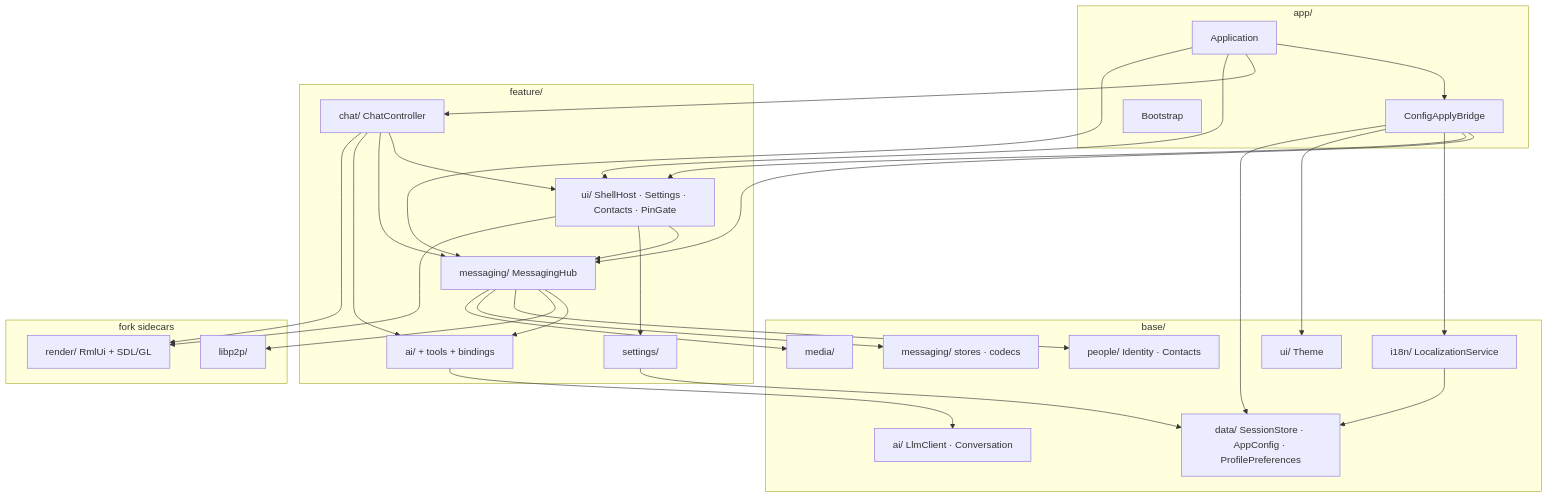
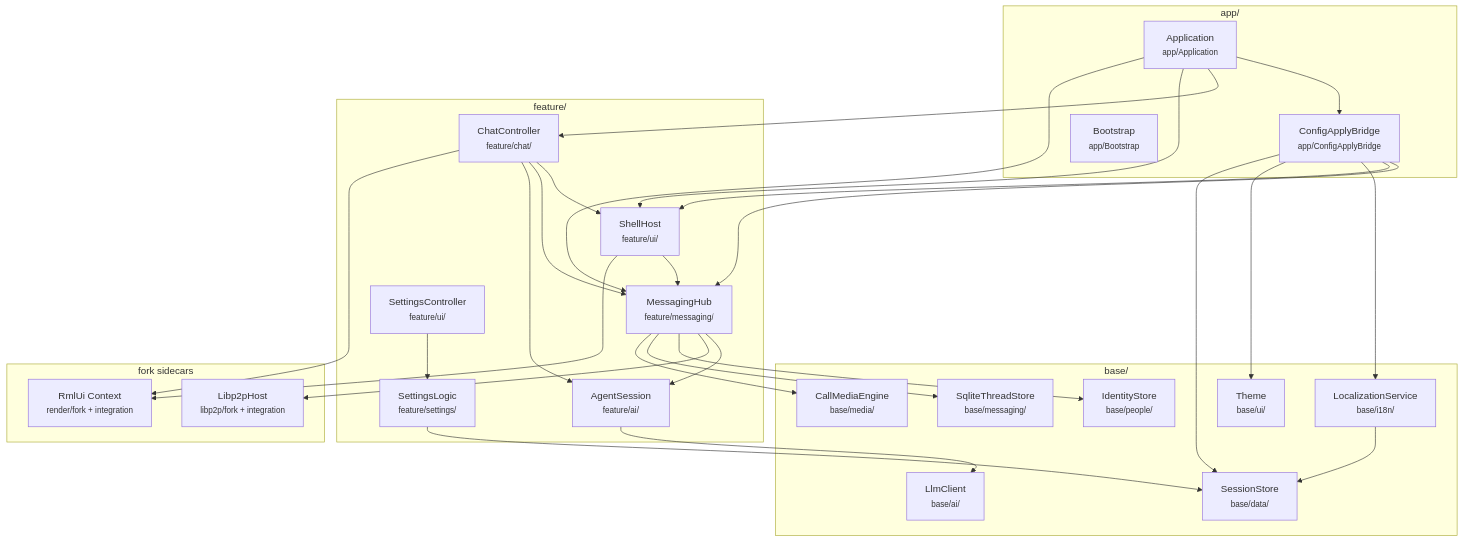
Before and after one commit to people-post/pp-browser: the first of 4 diagrams in docs/architecture/RUNTIME_COMPOSITION.md, drawn with Mermaid. The commit also changed other lines of this file and 1 other file, not shown here.

Commit message:
Design diagrams

````diff
--- a/docs/architecture/RUNTIME_COMPOSITION.md
+++ b/docs/architecture/RUNTIME_COMPOSITION.md
@@ -16,57 +16,58 @@
 ```mermaid
 flowchart TB
   subgraph app_layer["app/"]
-    Application
-    ConfigApplyBridge
-    Bootstrap
+    Application["Application<br/><small>app/Application</small>"]
+    ConfigApplyBridge["ConfigApplyBridge<br/><small>app/ConfigApplyBridge</small>"]
+    Bootstrap["Bootstrap<br/><small>app/Bootstrap</small>"]
   end
 
   subgraph feature_layer["feature/"]
-    settings["settings/"]
-    ai["ai/ + tools + bindings"]
-    messaging["messaging/ MessagingHub"]
-    ui["ui/ ShellHost · Settings · Contacts · PinGate"]
-    chat["chat/ ChatController"]
+    SettingsLogic["SettingsLogic<br/><small>feature/settings/</small>"]
+    AgentSession["AgentSession<br/><small>feature/ai/</small>"]
+    MessagingHub["MessagingHub<br/><small>feature/messaging/</small>"]
+    ShellHost["ShellHost<br/><small>feature/ui/</small>"]
+    SettingsController["SettingsController<br/><small>feature/ui/</small>"]
+    ChatController["ChatController<br/><small>feature/chat/</small>"]
   end
 
   subgraph base_layer["base/"]
-    data["data/ SessionStore · AppConfig · ProfilePreferences"]
-    i18n["i18n/ LocalizationService"]
-    base_ui["ui/ Theme"]
-    people["people/ Identity · Contacts"]
-    base_msg["messaging/ stores · codecs"]
-    base_ai["ai/ LlmClient · Conversation"]
-    media["media/"]
+    SessionStore["SessionStore<br/><small>base/data/</small>"]
+    LocalizationService["LocalizationService<br/><small>base/i18n/</small>"]
+    Theme["Theme<br/><small>base/ui/</small>"]
+    IdentityStore["IdentityStore<br/><small>base/people/</small>"]
+    ThreadStore["SqliteThreadStore<br/><small>base/messaging/</small>"]
+    LlmClient["LlmClient<br/><small>base/ai/</small>"]
+    CallMediaEngine["CallMediaEngine<br/><small>base/media/</small>"]
   end
 
   subgraph sidecars["fork sidecars"]
-    rmlui["render/ RmlUi + SDL/GL"]
-    libp2p["libp2p/"]
+    RmlUi["RmlUi Context<br/><small>render/fork + integration</small>"]
+    Libp2p["Libp2pHost<br/><small>libp2p/fork + integration</small>"]
   end
 
   Application --> ConfigApplyBridge
-  Application --> chat
-  Application --> ui
-  Application --> messaging
-  ConfigApplyBridge --> messaging
-  ConfigApplyBridge --> ui
-  ConfigApplyBridge --> i18n
-  ConfigApplyBridge --> base_ui
-  ConfigApplyBridge --> data
+  Application --> ChatController
+  Application --> ShellHost
+  Application --> MessagingHub
+  ConfigApplyBridge --> MessagingHub
+  ConfigApplyBridge --> ShellHost
+  ConfigApplyBridge --> LocalizationService
+  ConfigApplyBridge --> Theme
+  ConfigApplyBridge --> SessionStore
 
-  chat --> ui
-  chat --> messaging
-  chat --> ai
-  ui --> messaging
-  ui --> settings
-  messaging --> ai
-  messaging --> libp2p
-  messaging --> people
-  messaging --> base_msg
-  messaging --> media
-  ui --> rmlui
-  chat --> rmlui
-  settings --> data
-  ai --> base_ai
-  i18n --> data
+  ChatController --> ShellHost
+  ChatController --> MessagingHub
+  ChatController --> AgentSession
+  ShellHost --> MessagingHub
+  SettingsController --> SettingsLogic
+  MessagingHub --> AgentSession
+  MessagingHub --> Libp2p
+  MessagingHub --> IdentityStore
+  MessagingHub --> ThreadStore
+  MessagingHub --> CallMediaEngine
+  ShellHost --> RmlUi
+  ChatController --> RmlUi
+  SettingsLogic --> SessionStore
+  AgentSession --> LlmClient
+  LocalizationService --> SessionStore
 ```
````
